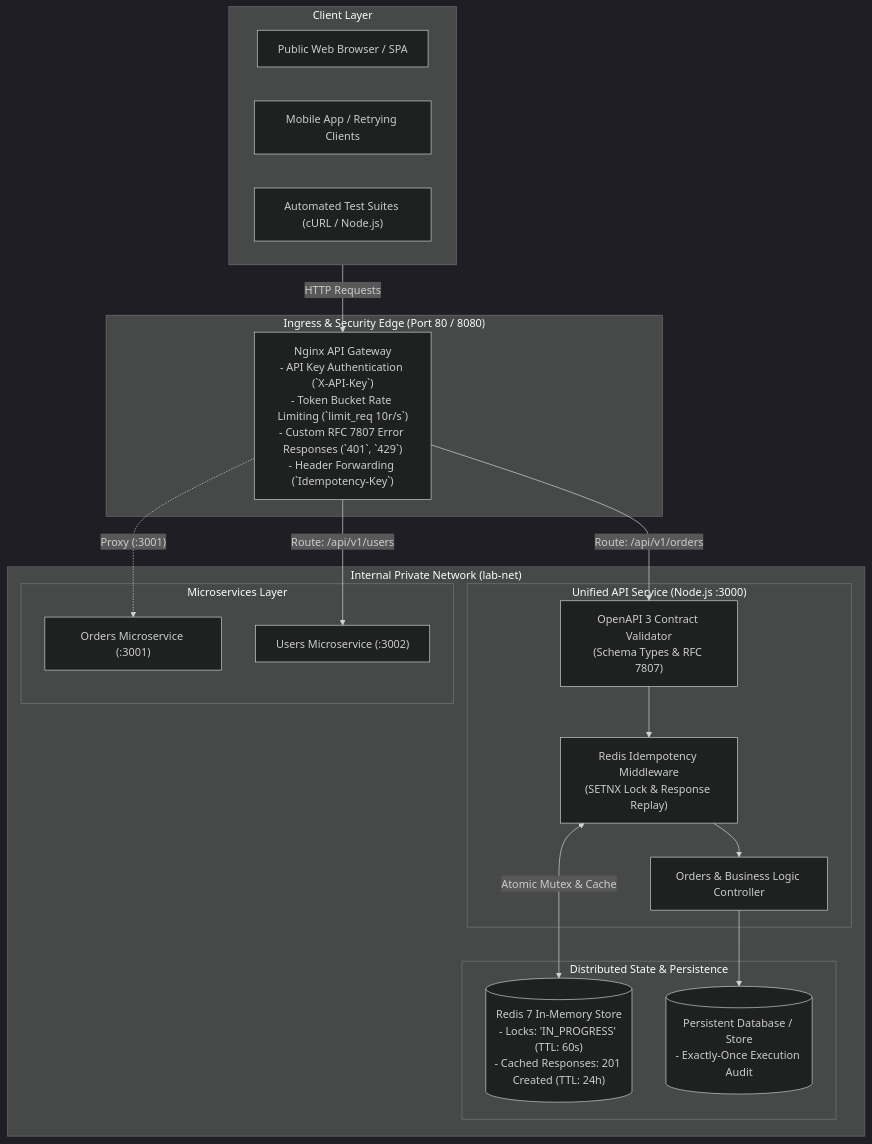
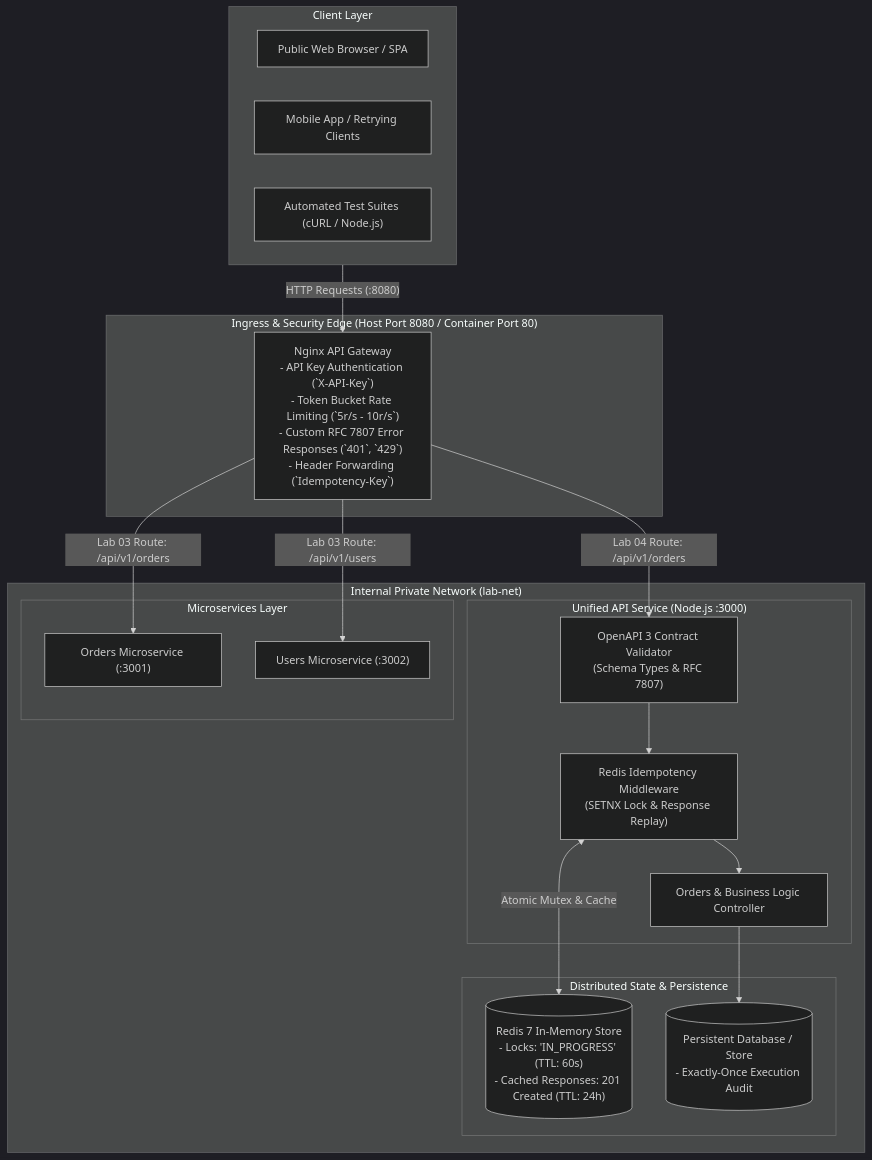
Before and after one commit to poridhioss/lab: the diagram in API Design & Networking Essentials (Module 6)/README.md, drawn with Mermaid (dark theme). The commit also changed 15 other files, not shown here.

Commit message:
fix(m6): align all lab architecture diagrams, ports, rate limits, and flow diagrams with implementation

````diff
--- a/API Design & Networking Essentials (Module 6)/README.md
+++ b/API Design & Networking Essentials (Module 6)/README.md
@@ -20,39 +20,39 @@
 ```mermaid
 flowchart TD
     subgraph Clients ["Client Layer"]
         C1["Public Web Browser / SPA"]
         C2["Mobile App / Retrying Clients"]
         C3["Automated Test Suites (cURL / Node.js)"]
     end
 
-    subgraph GatewayLayer ["Ingress & Security Edge (Port 80 / 8080)"]
-        GW["Nginx API Gateway<br/>- API Key Authentication (`X-API-Key`)<br/>- Token Bucket Rate Limiting (`limit_req 10r/s`)<br/>- Custom RFC 7807 Error Responses (`401`, `429`)<br/>- Header Forwarding (`Idempotency-Key`)"]
+    subgraph GatewayLayer ["Ingress & Security Edge (Host Port 8080 / Container Port 80)"]
+        GW["Nginx API Gateway<br/>- API Key Authentication (`X-API-Key`)<br/>- Token Bucket Rate Limiting (`5r/s - 10r/s`)<br/>- Custom RFC 7807 Error Responses (`401`, `429`)<br/>- Header Forwarding (`Idempotency-Key`)"]
     end
 
     subgraph ServiceMesh ["Internal Private Network (lab-net)"]
         subgraph APIService ["Unified API Service (Node.js :3000)"]
             Val["OpenAPI 3 Contract Validator<br/>(Schema Types & RFC 7807)"]
             IdempMid["Redis Idempotency Middleware<br/>(SETNX Lock & Response Replay)"]
             Controller["Orders & Business Logic Controller"]
         end
 
         subgraph UpstreamMicroservices ["Microservices Layer"]
             OS["Orders Microservice (:3001)"]
             US["Users Microservice (:3002)"]
         end
 
         subgraph CachingData ["Distributed State & Persistence"]
             Redis[("Redis 7 In-Memory Store<br/>- Locks: 'IN_PROGRESS' (TTL: 60s)<br/>- Cached Responses: 201 Created (TTL: 24h)")]
             DB[("Persistent Database / Store<br/>- Exactly-Once Execution Audit")]
         end
     end
 
-    Clients -->|"HTTP Requests"| GW
-    GW -->|"Route: /api/v1/orders"| Val
-    GW -->|"Route: /api/v1/users"| US
+    Clients -->|"HTTP Requests (:8080)"| GW
+    GW -->|"Lab 04 Route: /api/v1/orders"| Val
+    GW -->|"Lab 03 Route: /api/v1/orders"| OS
+    GW -->|"Lab 03 Route: /api/v1/users"| US
     Val --> IdempMid
     IdempMid <-->|"Atomic Mutex & Cache"| Redis
     IdempMid --> Controller
     Controller --> DB
-    GW -.->|"Proxy (:3001)"| OS
 ```
````
